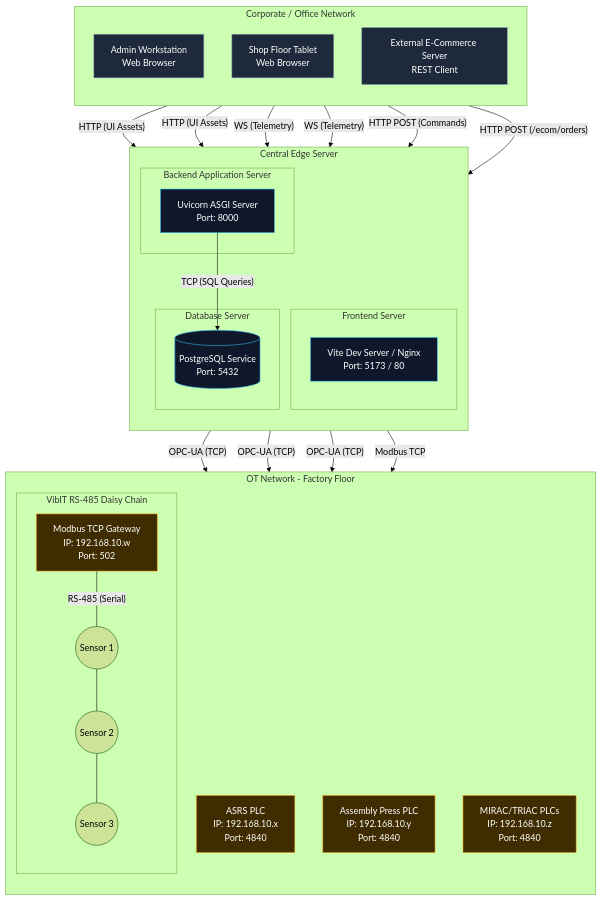
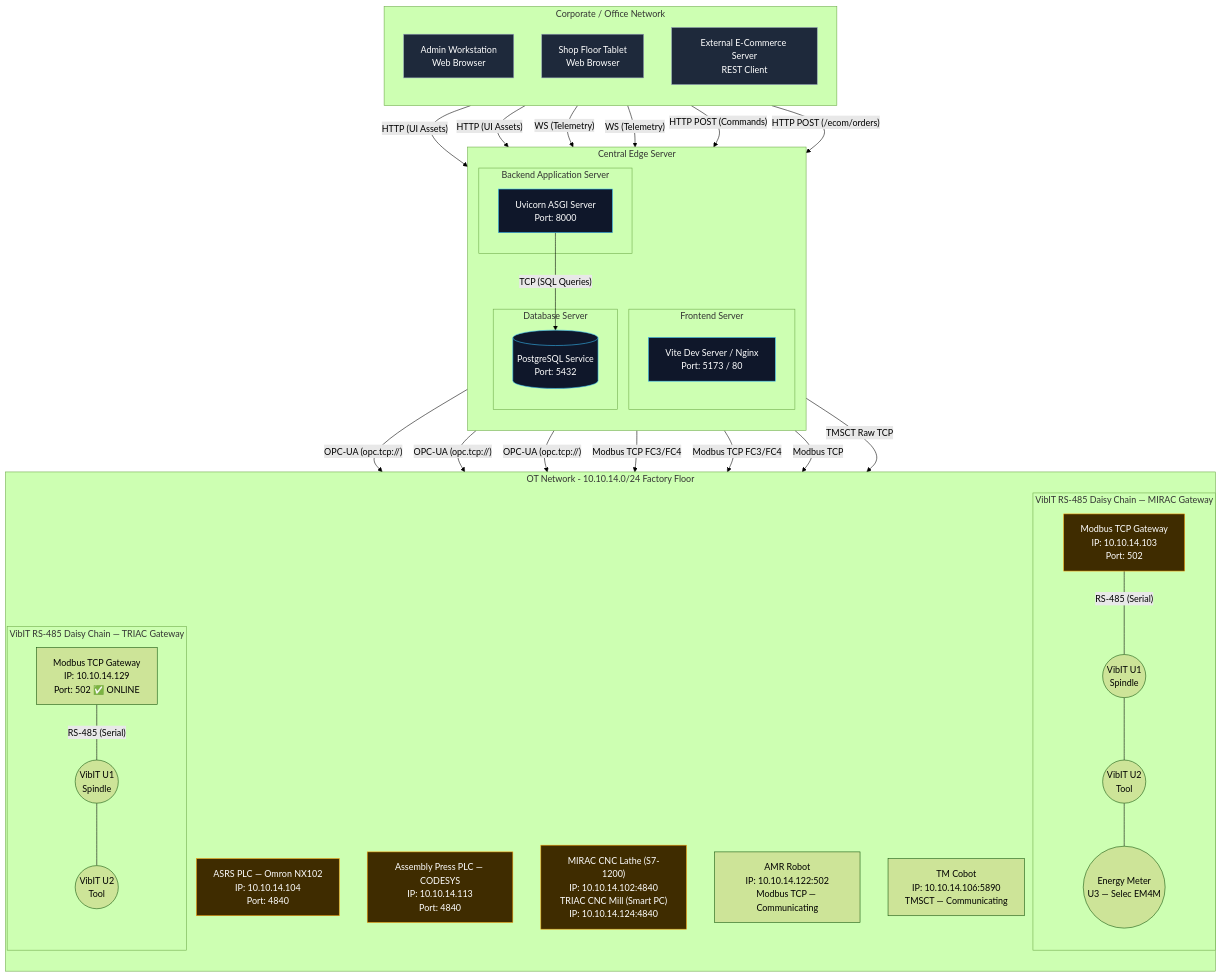
The diagram in docs/architecture/09_deployment_diagram.md (V33R-5H4H/CoEDM-smart-manufacturing-control), drawn with Mermaid (forest theme) before and after one commit. The commit also changed other lines of this file and 13 other files, not shown here.

```diff
--- a/docs/architecture/09_deployment_diagram.md
+++ b/docs/architecture/09_deployment_diagram.md
@@ -13,9 +13,9 @@
     %% ---- Operator Nodes ----
     subgraph Operator_Network [Corporate / Office Network]
         direction TB
-        Admin_PC[Admin Workstation<br/>Web Browser]
-        Floor_Tablet[Shop Floor Tablet<br/>Web Browser]
-        Ecom_Server[External E-Commerce Server<br/>REST Client]
+        Admin_PC["Admin Workstation<br/>Web Browser"]
+        Floor_Tablet["Shop Floor Tablet<br/>Web Browser"]
+        Ecom_Server["External E-Commerce Server<br/>REST Client"]
     end
 
     %% ---- Server Node ----
@@ -23,34 +23,45 @@
         direction TB
         
         subgraph FE_Host [Frontend Server]
-            Vite[Vite Dev Server / Nginx<br/>Port: 5173 / 80]
+            Vite["Vite Dev Server / Nginx<br/>Port: 5173 / 80"]
         end
         
         subgraph BE_Host [Backend Application Server]
-            Uvicorn[Uvicorn ASGI Server<br/>Port: 8000]
+            Uvicorn["Uvicorn ASGI Server<br/>Port: 8000"]
         end
         
         subgraph DB_Host [Database Server]
-            PGSQL[(PostgreSQL Service<br/>Port: 5432)]
+            PGSQL[("PostgreSQL Service<br/>Port: 5432")]
         end
     end
 
     %% ---- Factory Network ----
-    subgraph Factory_Network [OT Network - Factory Floor]
+    subgraph Factory_Network [OT Network - 10.10.14.0/24 Factory Floor]
         direction TB
-        ASRS[ASRS PLC<br/>IP: 192.168.10.x<br/>Port: 4840]
-        Assembly[Assembly Press PLC<br/>IP: 192.168.10.y<br/>Port: 4840]
-        CNCs[MIRAC/TRIAC PLCs<br/>IP: 192.168.10.z<br/>Port: 4840]
+        ASRS["ASRS PLC — Omron NX102<br/>IP: 10.10.14.104<br/>Port: 4840"]
+        Assembly["Assembly Press PLC — CODESYS<br/>IP: 10.10.14.113<br/>Port: 4840"]
+        CNCs["MIRAC CNC Lathe (S7-1200)<br/>IP: 10.10.14.102:4840<br/>TRIAC CNC Mill (Smart PC)<br/>IP: 10.10.14.124:4840"]
         
-        subgraph VibIT_Ring [VibIT RS-485 Daisy Chain]
-            ModbusGW[Modbus TCP Gateway<br/>IP: 192.168.10.w<br/>Port: 502]
-            S1((Sensor 1))
-            S2((Sensor 2))
-            S3((Sensor 3))
+        subgraph VibIT_Ring [VibIT RS-485 Daisy Chain — MIRAC Gateway]
+            ModbusGW["Modbus TCP Gateway<br/>IP: 10.10.14.103<br/>Port: 502"]
+            S1(("VibIT U1<br/>Spindle"))
+            S2(("VibIT U2<br/>Tool"))
+            S3(("Energy Meter<br/>U3 — Selec EM4M"))
             ModbusGW -- "RS-485 (Serial)" --- S1
             S1 --- S2
             S2 --- S3
         end
+
+        subgraph VibIT_Ring2 [VibIT RS-485 Daisy Chain — TRIAC Gateway]
+            ModbusGW2["Modbus TCP Gateway<br/>IP: 10.10.14.129<br/>Port: 502 ✅ ONLINE"]
+            T1(("VibIT U1<br/>Spindle"))
+            T2(("VibIT U2<br/>Tool"))
+            ModbusGW2 -- "RS-485 (Serial)" --- T1
+            T1 --- T2
+        end
+
+        AMR["AMR Robot<br/>IP: 10.10.14.122:502<br/>Modbus TCP — Communicating"]
+        Cobot["TM Cobot<br/>IP: 10.10.14.106:5890<br/>TMSCT — Communicating"]
     end
 
     %% ---- Connections ----
@@ -65,11 +76,14 @@
 
     Uvicorn -- "TCP (SQL Queries)" --> PGSQL
 
-    Uvicorn -- "OPC-UA (TCP)" --> ASRS
-    Uvicorn -- "OPC-UA (TCP)" --> Assembly
-    Uvicorn -- "OPC-UA (TCP)" --> CNCs
+    Uvicorn -- "OPC-UA (opc.tcp://)" --> ASRS
+    Uvicorn -- "OPC-UA (opc.tcp://)" --> Assembly
+    Uvicorn -- "OPC-UA (opc.tcp://)" --> CNCs
     
-    Uvicorn -- "Modbus TCP" --> ModbusGW
+    Uvicorn -- "Modbus TCP FC3/FC4" --> ModbusGW
+    Uvicorn -- "Modbus TCP FC3/FC4" --> ModbusGW2
+    Uvicorn -- "Modbus TCP" --> AMR
+    Uvicorn -- "TMSCT Raw TCP" --> Cobot
 
     %% Styling
     classDef client fill:#1e293b,stroke:#94a3b8,color:#fff
```
